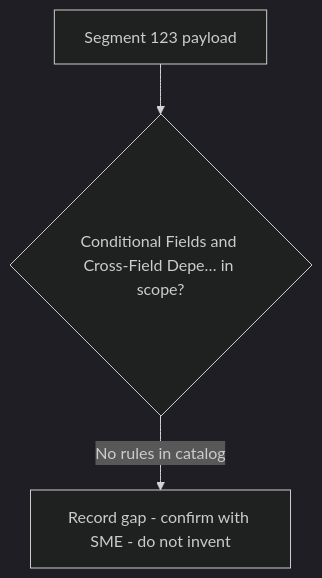
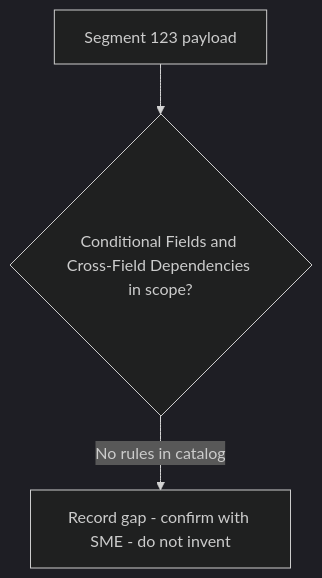
One commit to DhanSingh-hub/core-auth-ai-validation-framework changed the diagram in regression-artifact-validator/specifications/ATL105/docs/specs/kb/segment-123/conditional-dependency-rules-flow.md. Above: the diagram before and after it, drawn with Mermaid (dark theme). The commit also changed 150 other files, not shown here.

````diff
--- a/regression-artifact-validator/specifications/ATL105/docs/specs/kb/segment-123/conditional-dependency-rules-flow.md
+++ b/regression-artifact-validator/specifications/ATL105/docs/specs/kb/segment-123/conditional-dependency-rules-flow.md
@@ -3,5 +3,5 @@
 ```mermaid
 flowchart TD
-    A[Segment 123 payload] --> B{Conditional Fields and Cross-Field Depe… in scope?}
+    A[Segment 123 payload] --> B{Conditional Fields and Cross-Field Dependencies in scope?}
     B -->|No rules in catalog| G[Record gap - confirm with SME - do not invent]
 ```
````
